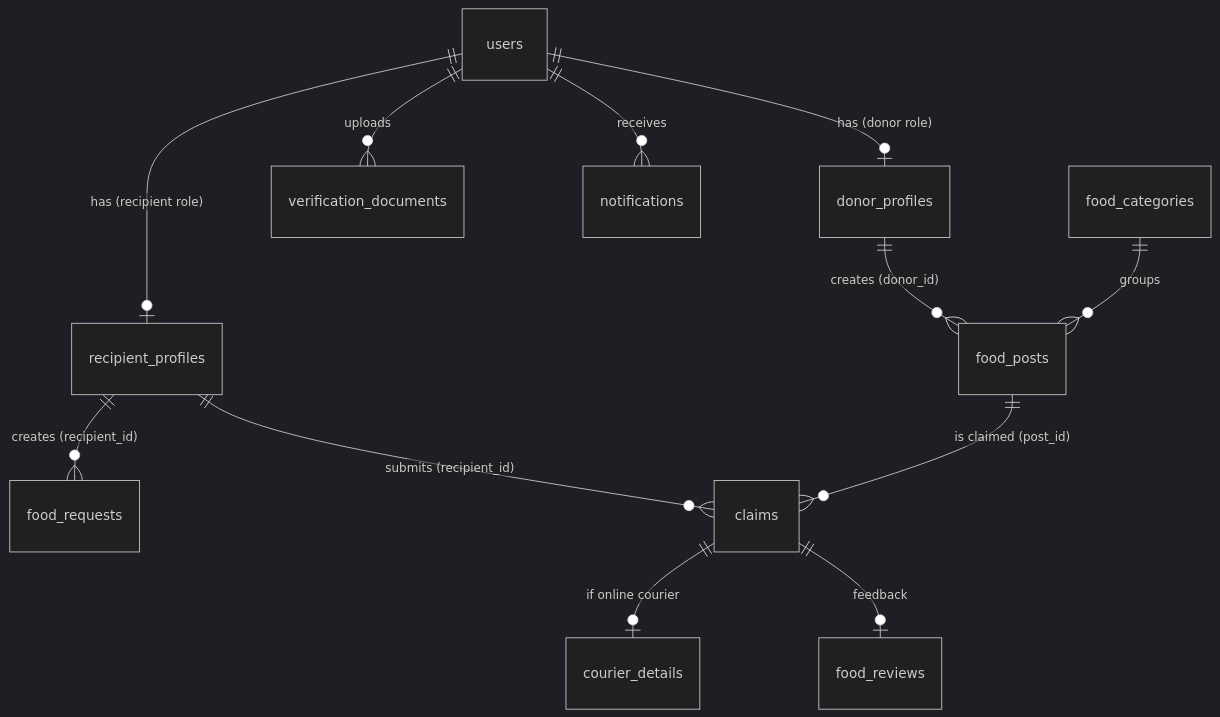
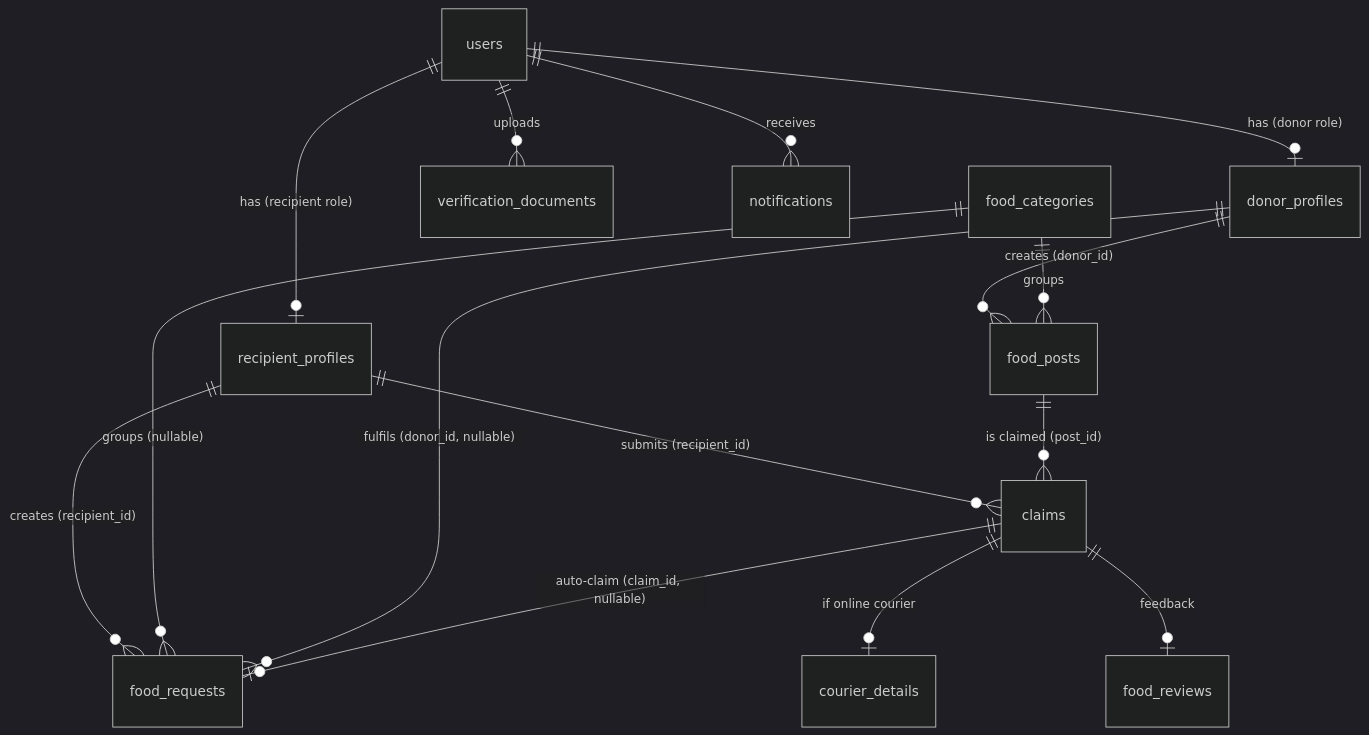
Before and after one commit to PPL-AA-SI4801/foodbridge-project: the diagram in docs/DB.md, drawn with Mermaid (dark theme). The commit also changed other lines of this file and 23 other files, not shown here.

````diff
--- a/docs/DB.md
+++ b/docs/DB.md
@@ -37,17 +37,21 @@
 ```mermaid
 erDiagram
     users ||--o| donor_profiles : "has (donor role)"
     users ||--o| recipient_profiles : "has (recipient role)"
     users ||--o{ verification_documents : "uploads"
     users ||--o{ notifications : "receives"
 
     donor_profiles ||--o{ food_posts : "creates (donor_id)"
     food_categories ||--o{ food_posts : "groups"
 
     recipient_profiles ||--o{ food_requests : "creates (recipient_id)"
     recipient_profiles ||--o{ claims : "submits (recipient_id)"
     food_posts ||--o{ claims : "is claimed (post_id)"
+    food_categories ||--o{ food_requests : "groups (nullable)"
+
+    donor_profiles ||--o{ food_requests : "fulfils (donor_id, nullable)"
+    claims ||--o| food_requests : "auto-claim (claim_id, nullable)"
 
     claims ||--o| courier_details : "if online courier"
     claims ||--o| food_reviews : "feedback"
 ```
````
